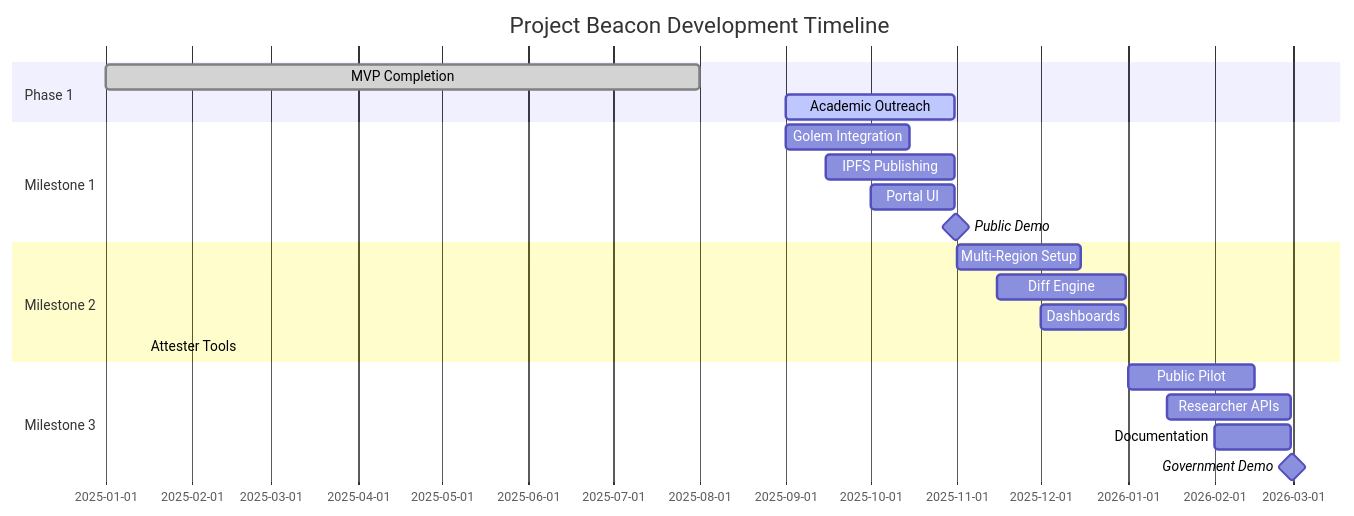
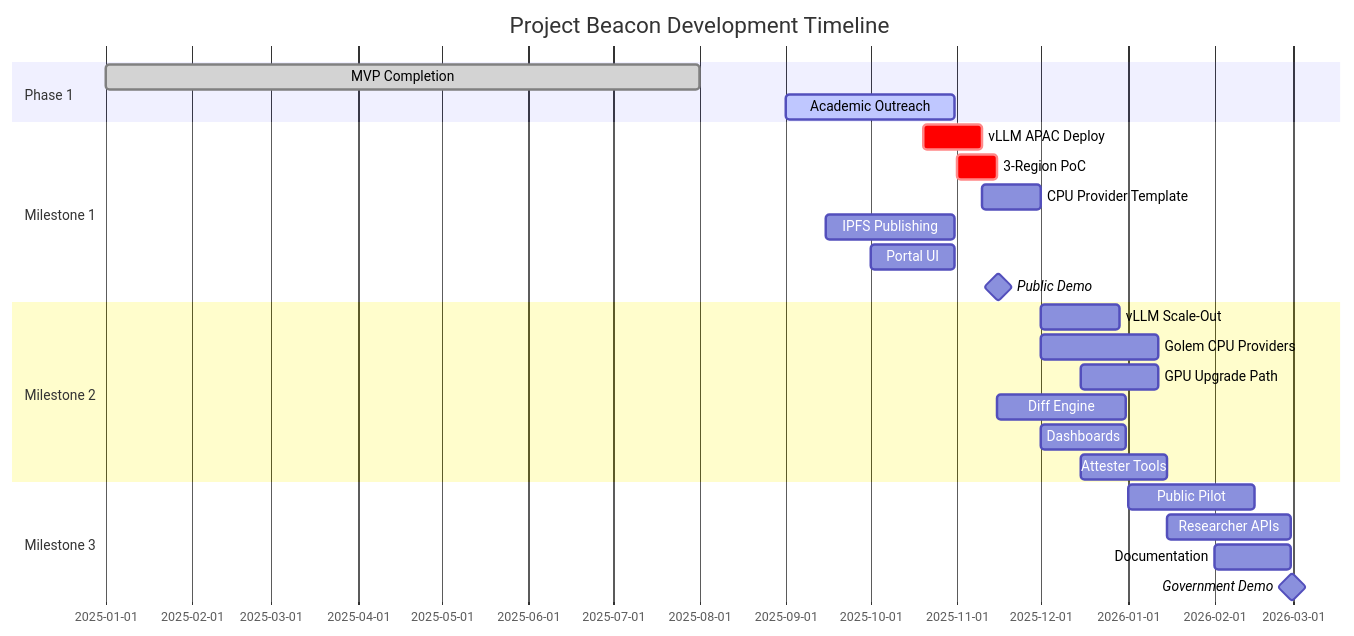
Before and after one commit to jamie-anson/Project-Beacon: the diagram in Website/proposal/12-timeline-roadmap.md, drawn with Mermaid. The commit also changed other lines of this file and 25 other files, not shown here.

````diff
--- a/Website/proposal/12-timeline-roadmap.md
+++ b/Website/proposal/12-timeline-roadmap.md
@@ -74,23 +81,27 @@
 ```mermaid
 gantt
     title Project Beacon Development Timeline
     dateFormat  YYYY-MM-DD
     section Phase 1
     MVP Completion           :done, mvp, 2025-01-01, 2025-08-01
     Academic Outreach        :active, outreach, 2025-09-01, 2025-10-31
     section Milestone 1
-    Golem Integration        :m1-golem, 2025-09-01, 2025-10-15
+    vLLM APAC Deploy         :crit, m1-vllm, 2025-10-20, 3w
+    3-Region PoC             :crit, m1-poc, 2025-11-01, 2w
+    CPU Provider Template    :m1-template, 2025-11-10, 3w
     IPFS Publishing          :m1-ipfs, 2025-09-15, 2025-10-31
     Portal UI                :m1-portal, 2025-10-01, 2025-10-31
-    Public Demo              :milestone, m1-demo, 2025-10-31, 1d
+    Public Demo              :milestone, m1-demo, 2025-11-15, 1d
     section Milestone 2
-    Multi-Region Setup       :m2-regions, 2025-11-01, 2025-12-15
+    vLLM Scale-Out           :m2-vllm, 2025-12-01, 4w
+    Golem CPU Providers      :m2-golem, 2025-12-01, 6w
+    GPU Upgrade Path         :m2-gpu, 2025-12-15, 4w
     Diff Engine              :m2-diff, 2025-11-15, 2025-12-31
     Dashboards               :m2-dash, 2025-12-01, 2025-12-31
-    Attester Tools           :m2-attest, 2025-12-15, 2025-01-15
+    Attester Tools           :m2-attest, 2025-12-15, 2026-01-15
     section Milestone 3
     Public Pilot             :m3-pilot, 2026-01-01, 2026-02-15
     Researcher APIs          :m3-api, 2026-01-15, 2026-02-28
     Documentation            :m3-docs, 2026-02-01, 2026-02-28
     Government Demo          :milestone, m3-gov, 2026-02-28, 1d
 ```
````
